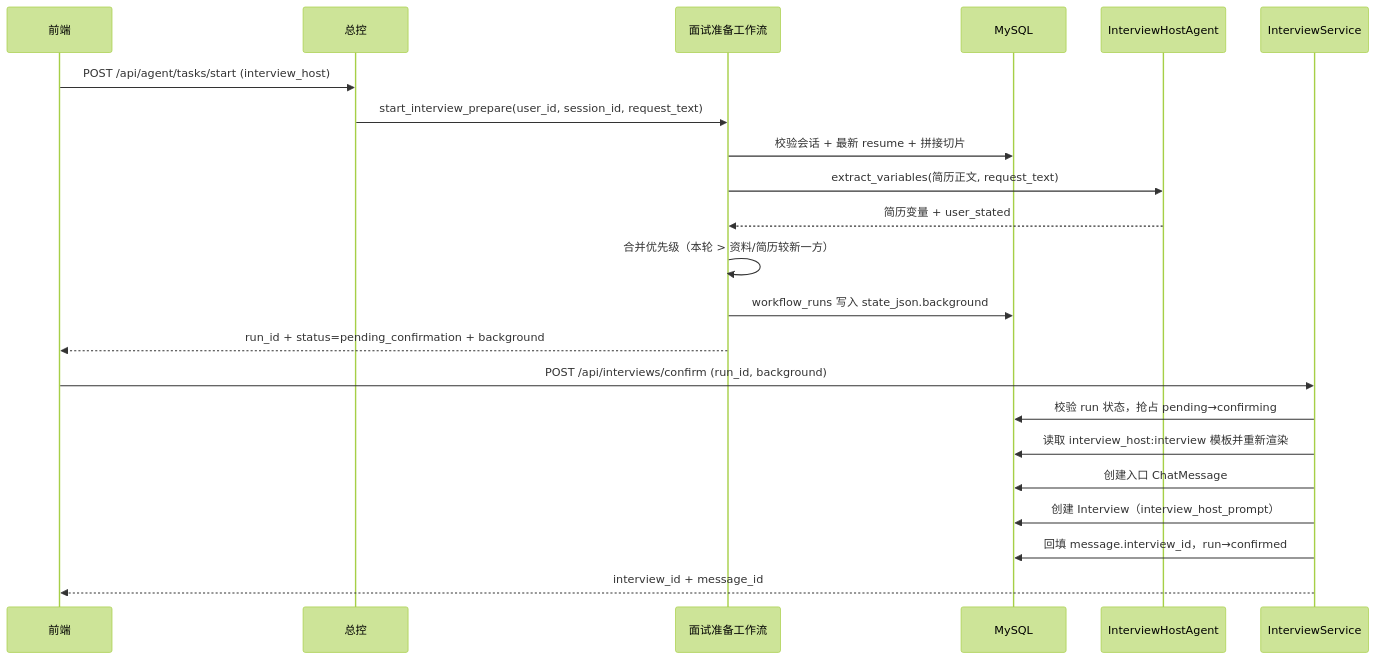
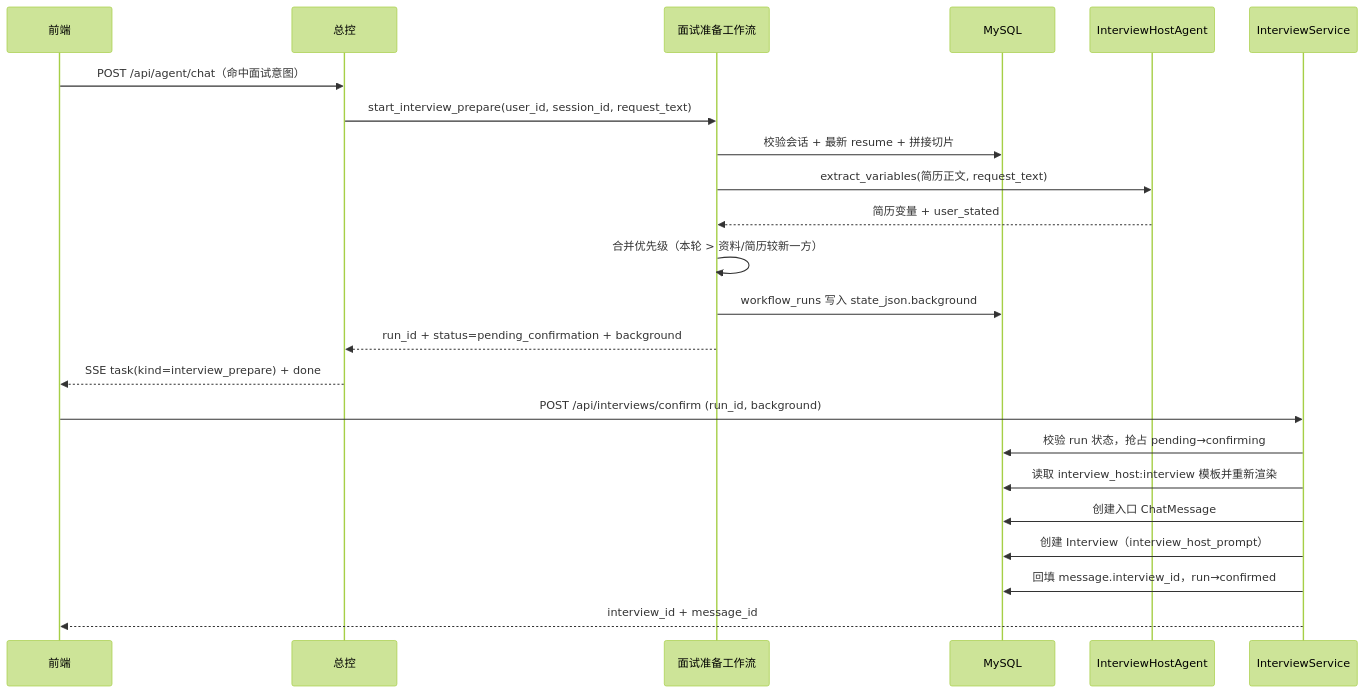
The diagram in agent-backend/docs/interview-host-verification-guide.md (jiayinjiang-pistachio/study-pass-ai), drawn with Mermaid (forest theme) before and after one commit. The commit also changed other lines of this file and 56 other files, not shown here.

````diff
--- a/agent-backend/docs/interview-host-verification-guide.md
+++ b/agent-backend/docs/interview-host-verification-guide.md
@@ -294,24 +311,25 @@
 ```mermaid
 sequenceDiagram
     participant F as 前端
     participant O as 总控
     participant W as 面试准备工作流
     participant DB as MySQL
     participant A as InterviewHostAgent
     participant S as InterviewService
-    F->>O: POST /api/agent/tasks/start (interview_host)
+    F->>O: POST /api/agent/chat（命中面试意图）
     O->>W: start_interview_prepare(user_id, session_id, request_text)
     W->>DB: 校验会话 + 最新 resume + 拼接切片
     W->>A: extract_variables(简历正文, request_text)
     A-->>W: 简历变量 + user_stated
     W->>W: 合并优先级（本轮 > 资料/简历较新一方）
     W->>DB: workflow_runs 写入 state_json.background
-    W-->>F: run_id + status=pending_confirmation + background
+    W-->>O: run_id + status=pending_confirmation + background
+    O-->>F: SSE task(kind=interview_prepare) + done
     F->>S: POST /api/interviews/confirm (run_id, background)
     S->>DB: 校验 run 状态，抢占 pending→confirming
     S->>DB: 读取 interview_host:interview 模板并重新渲染
     S->>DB: 创建入口 ChatMessage
     S->>DB: 创建 Interview（interview_host_prompt）
     S->>DB: 回填 message.interview_id，run→confirmed
     S-->>F: interview_id + message_id
 ```
````
